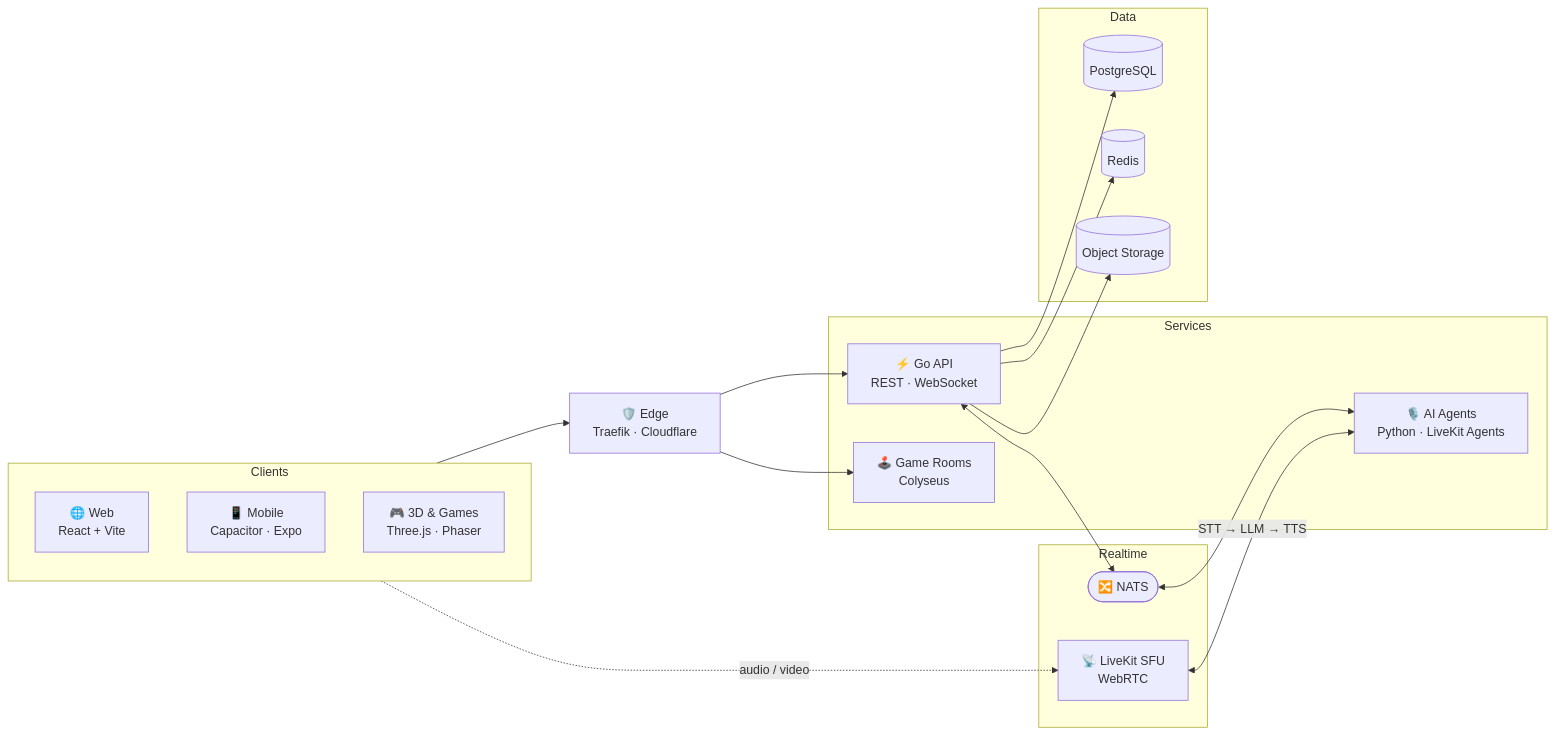
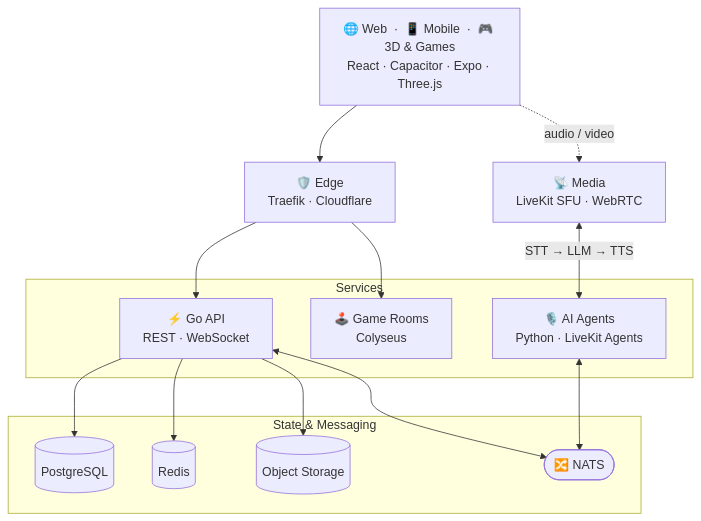
The diagram in README.md (eyupduran/eyupduran), drawn with Mermaid before and after one commit. The commit also changed other lines of this file and 3 other files, not shown here.

First line of the commit message:
Refine architecture diagram, swap activity graph for footer

````diff
--- a/README.md
+++ b/README.md
@@ -141,33 +141,31 @@
 ```mermaid
-flowchart LR
-    subgraph Clients
-        W["🌐 Web<br/>React + Vite"]
-        M["📱 Mobile<br/>Capacitor · Expo"]
-        G["🎮 3D & Games<br/>Three.js · Phaser"]
+flowchart TB
+    C["🌐 Web  ·  📱 Mobile  ·  🎮 3D & Games<br/>React · Capacitor · Expo · Three.js"]
+
+    E["🛡️ Edge<br/>Traefik · Cloudflare"]
+    LK["📡 Media<br/>LiveKit SFU · WebRTC"]
+
+    subgraph S["Services"]
+        API["⚡ Go API<br/>REST · WebSocket"]
+        MP["🕹️ Game Rooms<br/>Colyseus"]
+        AG["🎙️ AI Agents<br/>Python · LiveKit Agents"]
     end
 
-    E["🛡️ Edge<br/>Traefik · Cloudflare"]
-
-    subgraph Services
-        API["⚡ Go API<br/>REST · WebSocket"]
-        AG["🎙️ AI Agents<br/>Python · LiveKit Agents"]
-        MP["🕹️ Game Rooms<br/>Colyseus"]
-    end
-
-    subgraph Realtime
-        LK["📡 LiveKit SFU<br/>WebRTC"]
+    subgraph D["State & Messaging"]
+        PG[("PostgreSQL")]
+        RD[("Redis")]
+        S3[("Object Storage")]
         BUS(["🔀 NATS"])
     end
 
-    subgraph Data
-        PG[("PostgreSQL")]
-        RD[("Redis")]
-        S3[("Object Storage")]
-    end
-
-    Clients --> E --> API & MP
-    Clients -. "audio / video" .-> LK
+    C --> E
+    C -. "audio / video" .-> LK
+    E --> API
+    E --> MP
     LK <-->|"STT → LLM → TTS"| AG
-    API <--> BUS <--> AG
-    API --> PG & RD & S3
+    API --> PG
+    API --> RD
+    API --> S3
+    API <--> BUS
+    AG <--> BUS
 ```
````
